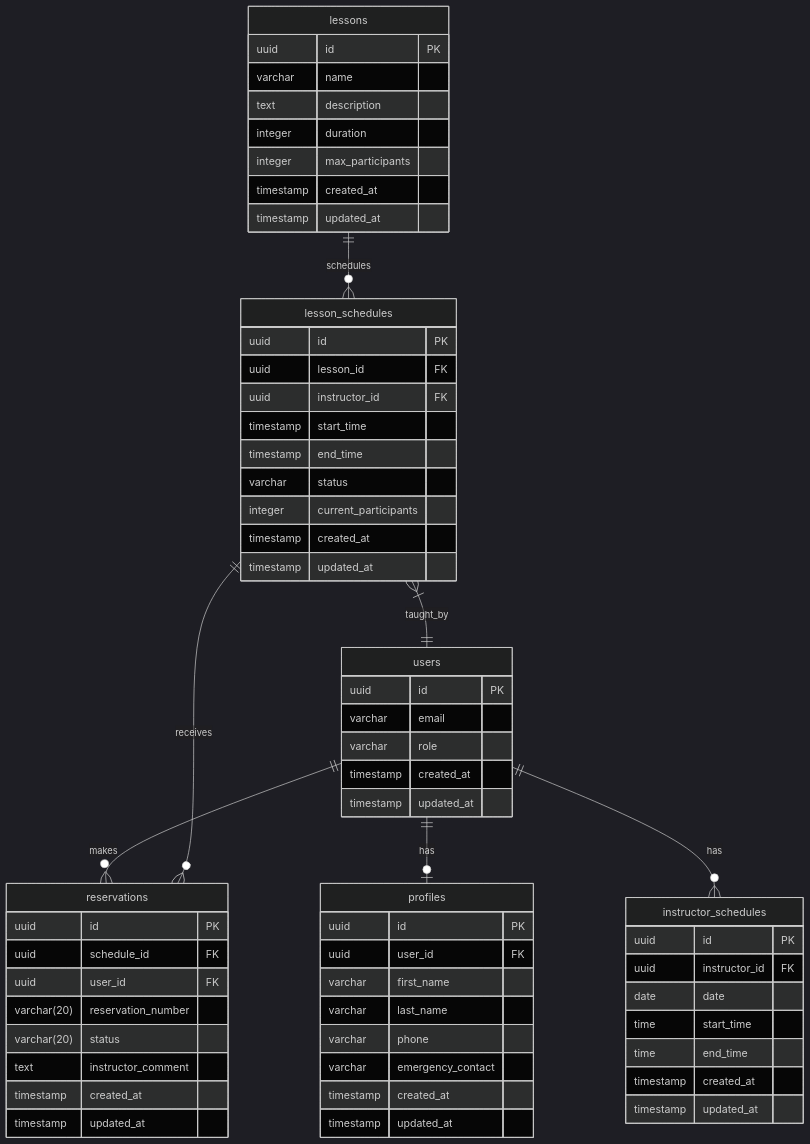
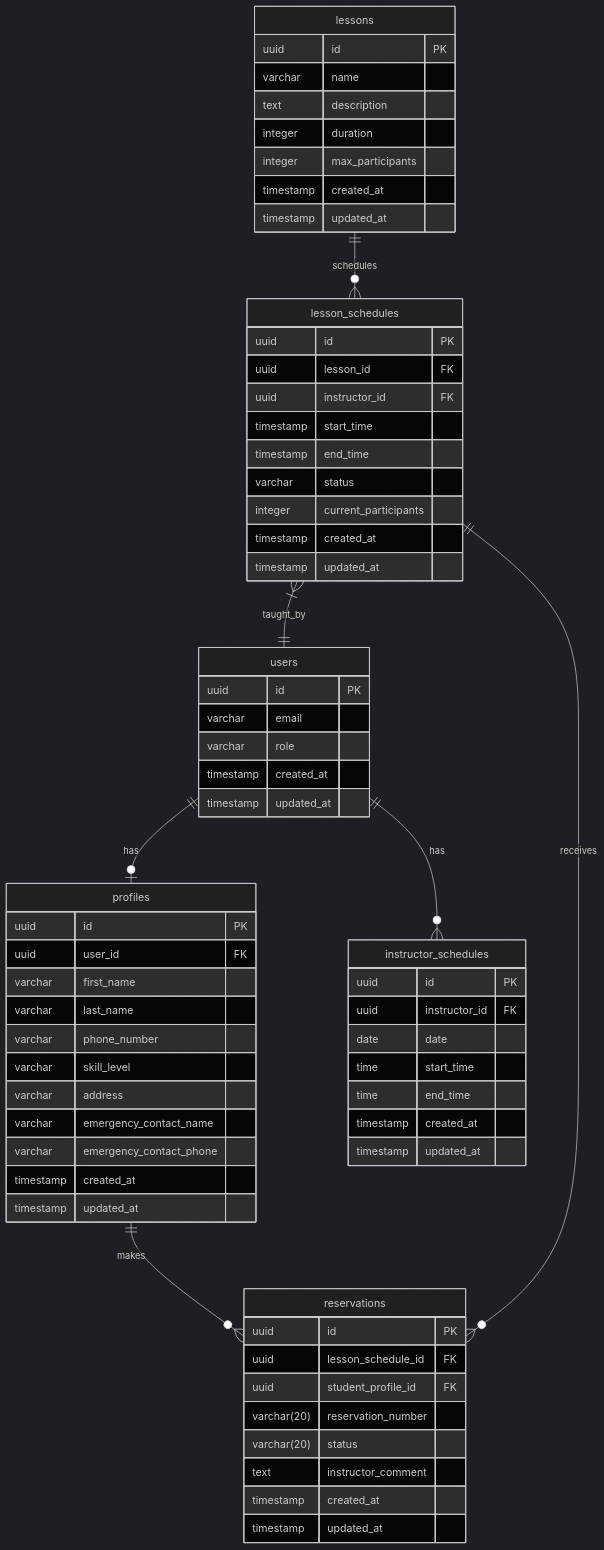
One commit to kater-iam/ski-school-management-2 changed the diagram in 04-DB設計.md. Above: the diagram before and after it, drawn with Mermaid (dark theme). The commit also changed other lines of this file, not shown here.

````diff
--- a/04-DB設計.md
+++ b/04-DB設計.md
@@ -5,73 +5,76 @@
 ```mermaid
 erDiagram
     users ||--o| profiles : has
-    users ||--o{ reservations : makes
+    profiles ||--o{ reservations : makes
     users ||--o{ instructor_schedules : has
     
     lessons ||--o{ lesson_schedules : schedules
     
     lesson_schedules ||--o{ reservations : receives
     lesson_schedules }|--|| users : taught_by
 
     users {
         uuid id PK
         varchar email
         varchar role
         timestamp created_at
         timestamp updated_at
     }
     
     profiles {
         uuid id PK
         uuid user_id FK
         varchar first_name
         varchar last_name
-        varchar phone
-        varchar emergency_contact
+        varchar phone_number
+        varchar skill_level
+        varchar address
+        varchar emergency_contact_name
+        varchar emergency_contact_phone
         timestamp created_at
         timestamp updated_at
     }
     
     lessons {
         uuid id PK
         varchar name
         text description
         integer duration
         integer max_participants
         timestamp created_at
         timestamp updated_at
     }
     
     lesson_schedules {
         uuid id PK
         uuid lesson_id FK
         uuid instructor_id FK
         timestamp start_time
         timestamp end_time
         varchar status
         integer current_participants
         timestamp created_at
         timestamp updated_at
     }
     
     reservations {
         uuid id PK
-        uuid schedule_id FK
-        uuid user_id FK
+        uuid lesson_schedule_id FK
+        uuid student_profile_id FK
         varchar(20) reservation_number
         varchar(20) status
         text instructor_comment
         timestamp created_at
         timestamp updated_at
     }
     
     instructor_schedules {
         uuid id PK
         uuid instructor_id FK
         date date
         time start_time
         time end_time
         timestamp created_at
         timestamp updated_at
     }
 ```
````
